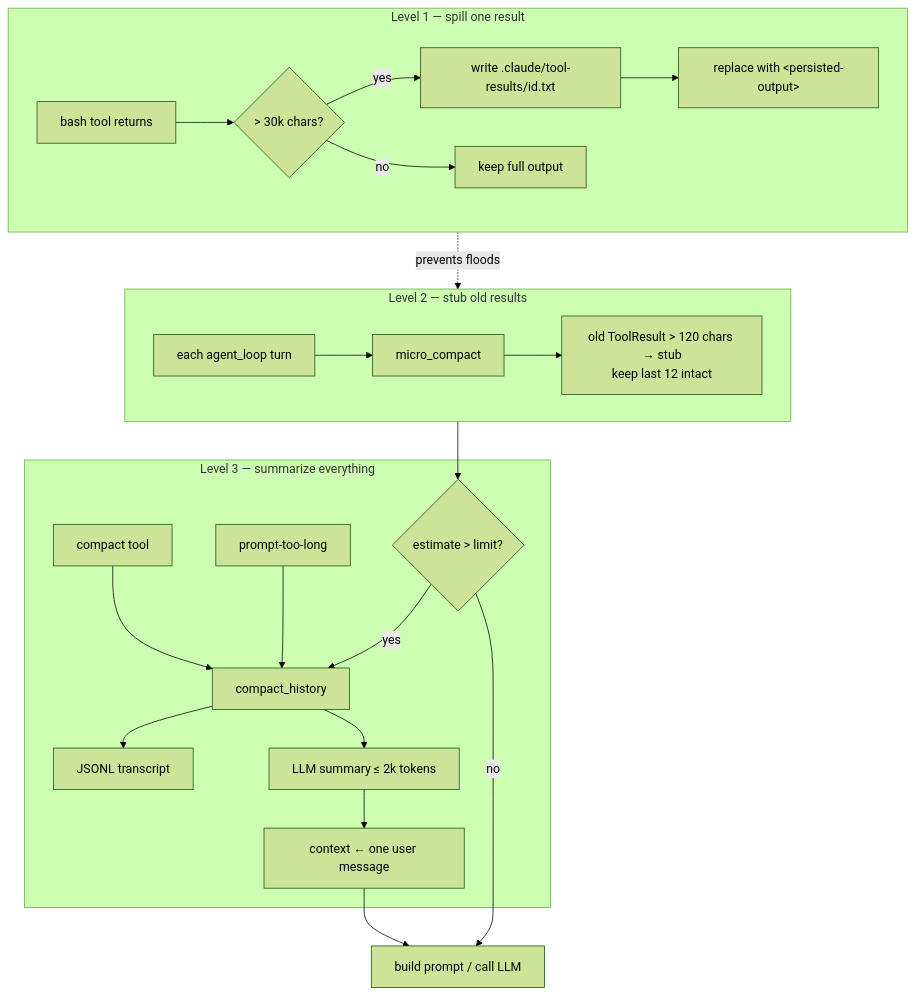
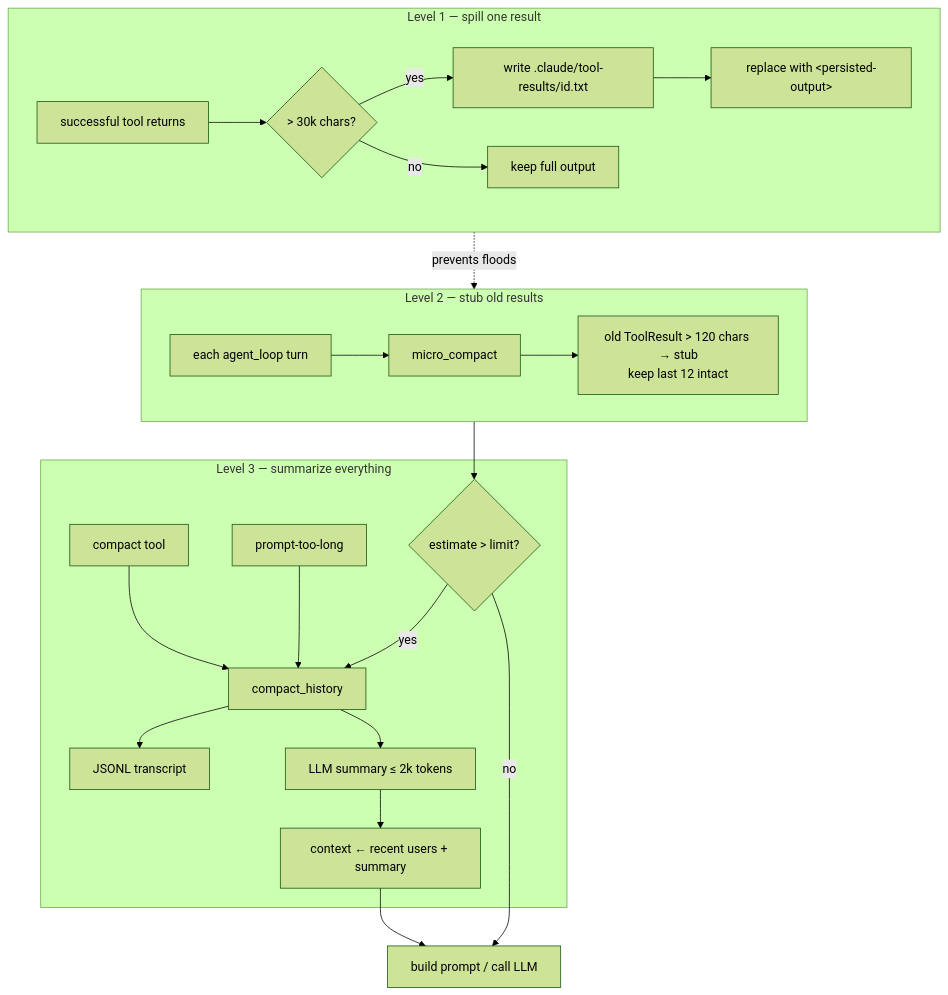
The second of 15 diagrams in book/05_chapter_compact.md (rust-infra/tact), drawn with Mermaid (forest theme) before and after one commit. The commit also changed other lines of this file and 5 other files, not shown here.

````diff
--- a/book/05_chapter_compact.md
+++ b/book/05_chapter_compact.md
@@ -47,28 +47,28 @@
 ```mermaid
 flowchart TB
     subgraph L1["Level 1 — spill one result"]
-        Bash[bash tool returns] --> Big{> 30k chars?}
+        Bash[successful tool returns] --> Big{> 30k chars?}
         Big -->|yes| Disk1["write .claude/tool-results/id.txt"]
         Disk1 --> Env["replace with &lt;persisted-output&gt;"]
         Big -->|no| Keep[keep full output]
     end
 
     subgraph L2["Level 2 — stub old results"]
         Turn[each agent_loop turn] --> MC[micro_compact]
         MC --> Stub["old ToolResult > 120 chars → stub<br/>keep last 12 intact"]
     end
 
     subgraph L3["Level 3 — summarize everything"]
         Est{estimate > limit?} -->|yes| CH[compact_history]
         Err[prompt-too-long] --> CH
         Manual[compact tool] --> CH
         CH --> Disk2[JSONL transcript]
         CH --> Sum[LLM summary ≤ 2k tokens]
-        Sum --> One[context ← one user message]
+        Sum --> One[context ← recent users + summary]
     end
 
     L1 -.->|prevents floods| L2
     L2 --> Est
     Est -->|no| Prompt[build prompt / call LLM]
     One --> Prompt
 ```
````
